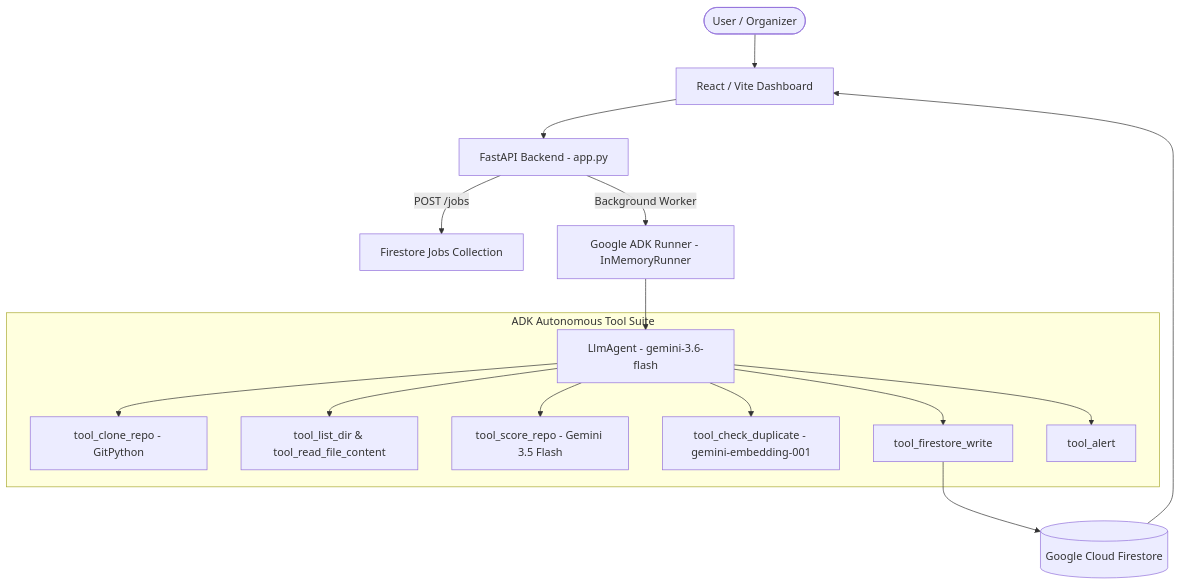
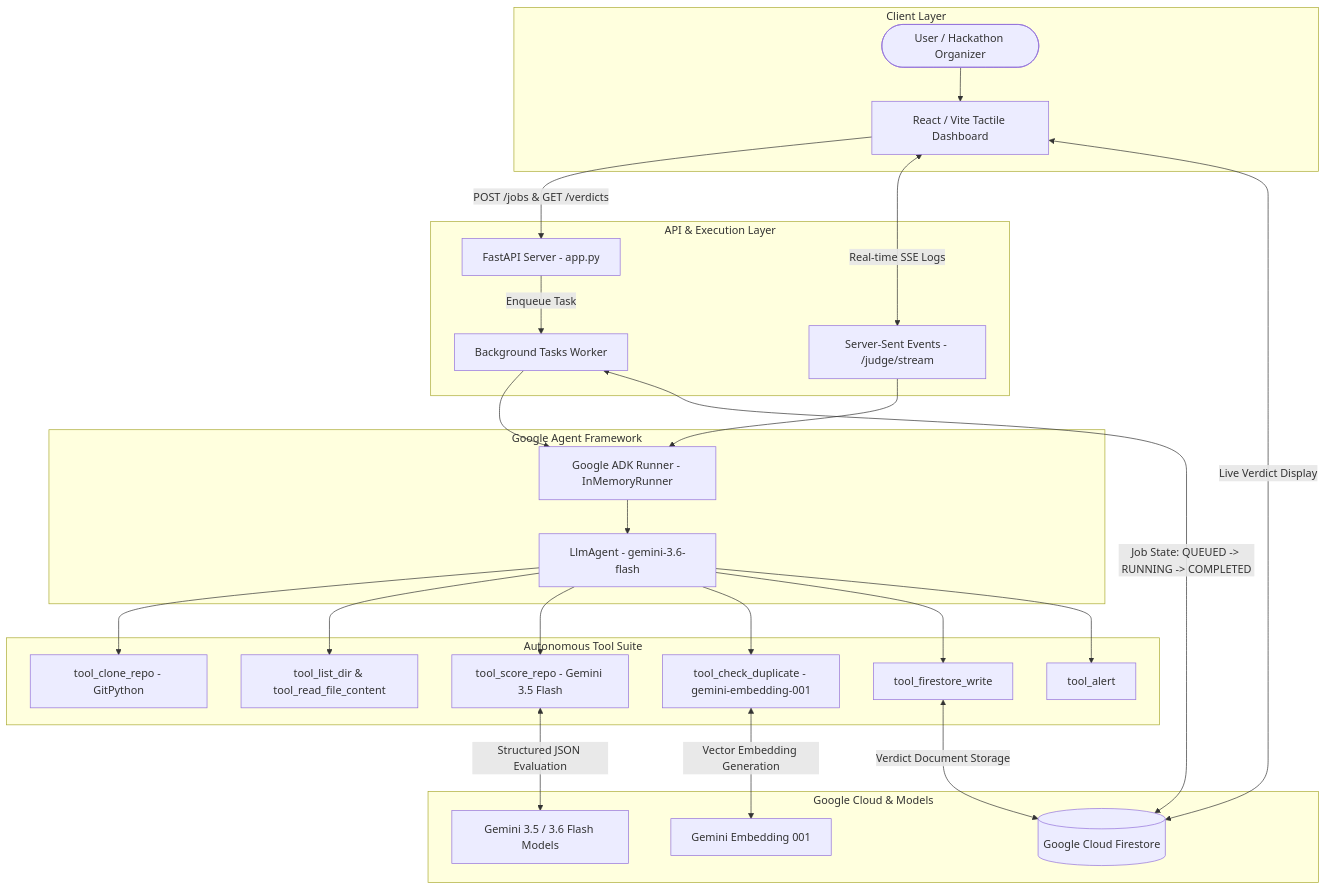
One commit to pratik-aher-01/Judging-Copilot changed the diagram in README.md. Above: the diagram before and after it, drawn with Mermaid. The commit also changed other lines of this file, not shown here.

Commit message:
docs: update README with architecture diagram and step-by-step setup guide

````diff
--- a/README.md
+++ b/README.md
@@ -19,20 +31,54 @@
 ```mermaid
 flowchart TD
-    User([User / Organizer]) --> Frontend[React / Vite Dashboard]
-    Frontend --> FastAPI[FastAPI Backend - app.py]
-    FastAPI -->|POST /jobs| AsyncJobs[Firestore Jobs Collection]
-    FastAPI -->|Background Worker| ADKRunner[Google ADK Runner - InMemoryRunner]
-    ADKRunner --> ADKAgent[LlmAgent - gemini-3.6-flash]
-    
-    subgraph ADK Autonomous Tool Suite
-        ADKAgent --> Tool1[tool_clone_repo - GitPython]
-        ADKAgent --> Tool2[tool_list_dir & tool_read_file_content]
-        ADKAgent --> Tool3[tool_score_repo - Gemini 3.5 Flash]
-        ADKAgent --> Tool4[tool_check_duplicate - gemini-embedding-001]
-        ADKAgent --> Tool5[tool_firestore_write]
-        ADKAgent --> Tool6[tool_alert]
+    subgraph Client Layer
+        User([User / Hackathon Organizer])
+        Frontend[React / Vite Tactile Dashboard]
     end
 
-    Tool5 --> Firestore[(Google Cloud Firestore)]
-    Firestore --> Frontend
+    subgraph API & Execution Layer
+        FastAPI[FastAPI Server - app.py]
+        SSE[Server-Sent Events - /judge/stream]
+        Worker[Background Tasks Worker]
+    end
+
+    subgraph Google Agent Framework
+        ADKRunner[Google ADK Runner - InMemoryRunner]
+        ADKAgent[LlmAgent - gemini-3.6-flash]
+    end
+
+    subgraph Autonomous Tool Suite
+        Tool1[tool_clone_repo - GitPython]
+        Tool2[tool_list_dir & tool_read_file_content]
+        Tool3[tool_score_repo - Gemini 3.5 Flash]
+        Tool4[tool_check_duplicate - gemini-embedding-001]
+        Tool5[tool_firestore_write]
+        Tool6[tool_alert]
+    end
+
+    subgraph Google Cloud & Models
+        GeminiFlash[Gemini 3.5 / 3.6 Flash Models]
+        GeminiEmbed[Gemini Embedding 001]
+        Firestore[(Google Cloud Firestore)]
+    end
+
+    User --> Frontend
+    Frontend -->|POST /jobs & GET /verdicts| FastAPI
+    Frontend <-->|Real-time SSE Logs| SSE
+    FastAPI -->|Enqueue Task| Worker
+    Worker --> ADKRunner
+    SSE --> ADKRunner
+    ADKRunner --> ADKAgent
+    
+    ADKAgent --> Tool1
+    ADKAgent --> Tool2
+    ADKAgent --> Tool3
+    ADKAgent --> Tool4
+    ADKAgent --> Tool5
+    ADKAgent --> Tool6
+
+    Tool3 <-->|Structured JSON Evaluation| GeminiFlash
+    Tool4 <-->|Vector Embedding Generation| GeminiEmbed
+    Worker <-->|Job State: QUEUED -> RUNNING -> COMPLETED| Firestore
+    Tool5 <-->|Verdict Document Storage| Firestore
+    Frontend <-->|Live Verdict Display| Firestore
 ```
````
